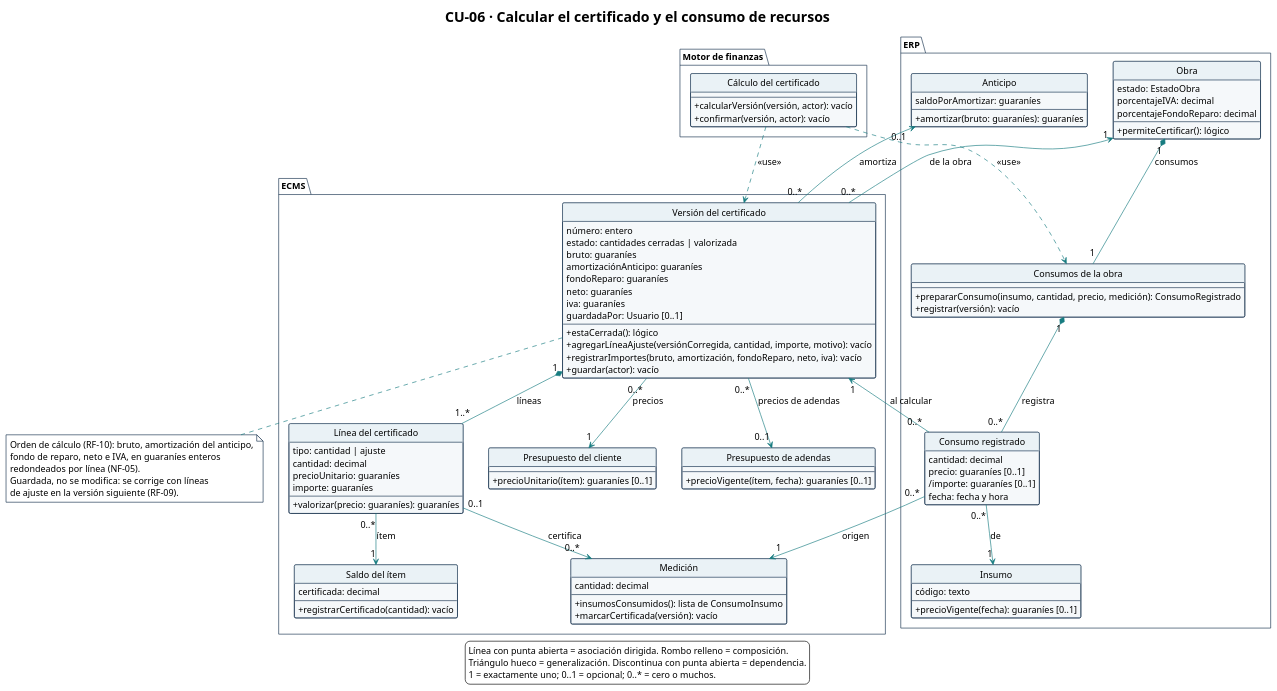
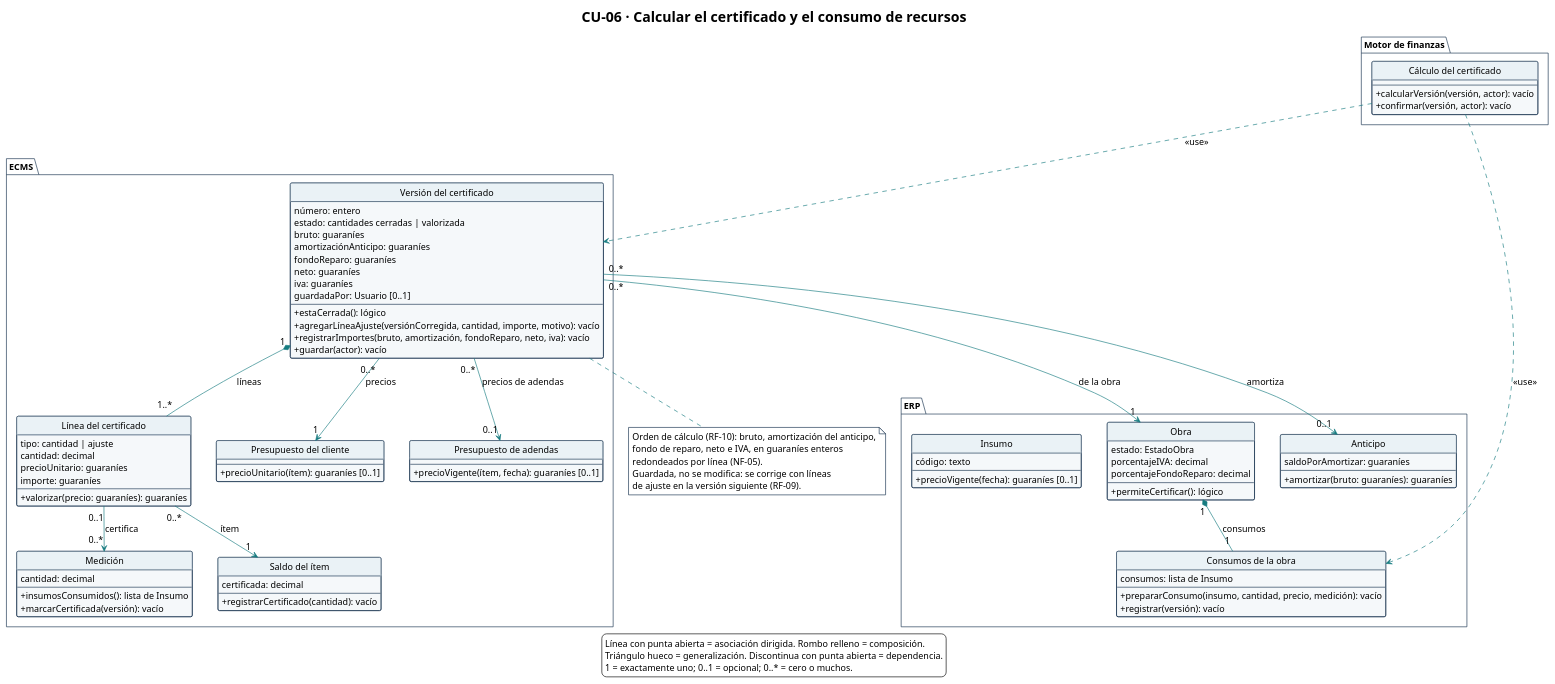
Before and after one commit to Ssrrb/tpf-uca: the diagram in diagramas/CU-06-clases.puml, drawn with PlantUML. The commit also changed 11 other files, not shown here.

```diff
--- a/diagramas/CU-06-clases.puml
+++ b/diagramas/CU-06-clases.puml
@@ -1,149 +1,139 @@
 @startuml
 !theme plain
 skinparam style strictuml
 title CU-06 · Calcular el certificado y el consumo de recursos
 hide circle
 hide empty methods
 hide empty fields
 skinparam shadowing false
 skinparam classAttributeIconSize 0
 skinparam defaultFontName Arial
 skinparam defaultFontSize 14
 skinparam nodesep 40
 skinparam ranksep 50
 skinparam ArrowColor #167C80
 skinparam class {
   BackgroundColor #F5F8FA
   BorderColor #17324D
   HeaderBackgroundColor #EAF2F6
 }
 skinparam package {
   BackgroundColor #FFFFFF
   BorderColor #17324D
 }
 skinparam note {
   BackgroundColor #FFFFFF
   BorderColor #17324D
 }
 package "Motor de finanzas" {
   class "Cálculo del certificado" as CalculoCertificado {
     --
     + calcularVersión(versión, actor): vacío
     + confirmar(versión, actor): vacío
   }
 }
 
 package "ECMS" {
   class "Versión del certificado" as VersionCertificado {
     número: entero
     estado: cantidades cerradas | valorizada
     bruto: guaraníes
     amortizaciónAnticipo: guaraníes
     fondoReparo: guaraníes
     neto: guaraníes
     iva: guaraníes
     guardadaPor: Usuario [0..1]
     --
     + estaCerrada(): lógico
     + agregarLíneaAjuste(versiónCorregida, cantidad, importe, motivo): vacío
     + registrarImportes(bruto, amortización, fondoReparo, neto, iva): vacío
     + guardar(actor): vacío
   }
 
   class "Línea del certificado" as LineaCertificado {
     tipo: cantidad | ajuste
     cantidad: decimal
     precioUnitario: guaraníes
     importe: guaraníes
     --
     + valorizar(precio: guaraníes): guaraníes
   }
 
   class "Medición" as Medicion {
     cantidad: decimal
     --
-    + insumosConsumidos(): lista de ConsumoInsumo
+    + insumosConsumidos(): lista de Insumo
     + marcarCertificada(versión): vacío
   }
 
   class "Saldo del ítem" as SaldoItem {
     certificada: decimal
     --
     + registrarCertificado(cantidad): vacío
   }
 
   class "Presupuesto del cliente" as PresupuestoCliente {
     --
     + precioUnitario(ítem): guaraníes [0..1]
   }
 
   class "Presupuesto de adendas" as PresupuestoAdendas {
     --
     + precioVigente(ítem, fecha): guaraníes [0..1]
   }
 }
 
 package "ERP" {
   class Obra {
     estado: EstadoObra
     porcentajeIVA: decimal
     porcentajeFondoReparo: decimal
     --
     + permiteCertificar(): lógico
   }
 
   class Anticipo {
     saldoPorAmortizar: guaraníes
     --
     + amortizar(bruto: guaraníes): guaraníes
   }
 
   class Insumo {
     código: texto
     --
     + precioVigente(fecha): guaraníes [0..1]
   }
 
   class "Consumos de la obra" as ConsumosObra {
+    consumos: lista de Insumo
     --
-    + prepararConsumo(insumo, cantidad, precio, medición): ConsumoRegistrado
+    + prepararConsumo(insumo, cantidad, precio, medición): vacío
     + registrar(versión): vacío
-  }
-
-  class "Consumo registrado" as ConsumoRegistrado {
-    cantidad: decimal
-    precio: guaraníes [0..1]
-    /importe: guaraníes [0..1]
-    fecha: fecha y hora
   }
 }
 
 CalculoCertificado ..> VersionCertificado : <<use>>
 CalculoCertificado ..> ConsumosObra : <<use>>
 VersionCertificado "1" *-- "1..*" LineaCertificado : líneas
 LineaCertificado "0..1" --> "0..*" Medicion : certifica
 LineaCertificado "0..*" --> "1" SaldoItem : ítem
 VersionCertificado "0..*" --> "1" PresupuestoCliente : precios
 VersionCertificado "0..*" --> "0..1" PresupuestoAdendas : precios de adendas
 VersionCertificado "0..*" --> "0..1" Anticipo : amortiza
 VersionCertificado "0..*" --> "1" Obra : de la obra
 Obra "1" *-- "1" ConsumosObra : consumos
-ConsumosObra "1" *-- "0..*" ConsumoRegistrado : registra
-ConsumoRegistrado "0..*" --> "1" Insumo : de
-ConsumoRegistrado "0..*" --> "1" Medicion : origen
-ConsumoRegistrado "0..*" --> "1" VersionCertificado : al calcular
 
 note bottom of VersionCertificado
   Orden de cálculo (RF-10): bruto, amortización del anticipo,
   fondo de reparo, neto e IVA, en guaraníes enteros
   redondeados por línea (NF-05).
   Guardada, no se modifica: se corrige con líneas
   de ajuste en la versión siguiente (RF-09).
 end note
 
 legend bottom
   Línea con punta abierta = asociación dirigida. Rombo relleno = composición.
   Triángulo hueco = generalización. Discontinua con punta abierta = dependencia.
   1 = exactamente uno; 0..1 = opcional; 0..* = cero o muchos.
 endlegend
 @enduml
```
